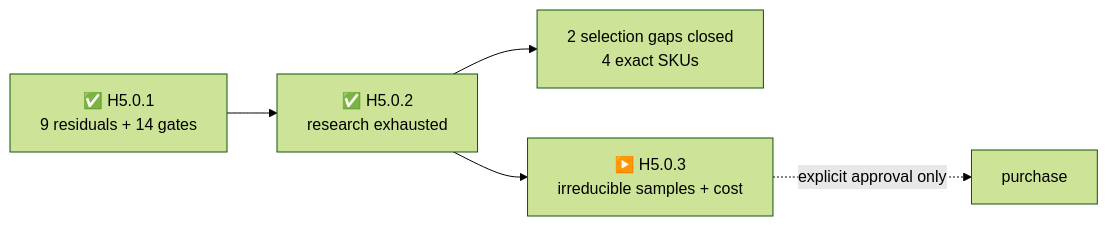
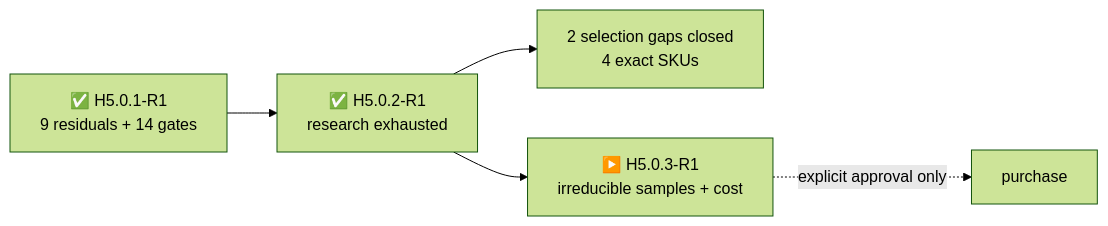
The diagram in docs/component-source-research.md (anton-vinogradov/esp32-leshy2), drawn with Mermaid (forest theme) before and after one commit. The commit also changed other lines of this file and 26 other files, not shown here.

Commit message:
Review H5 source research and dual voice diagrams

````diff
--- a/docs/component-source-research.md
+++ b/docs/component-source-research.md
@@ -7,7 +7,7 @@
 ```mermaid
 flowchart LR
-  M["✅ H5.0.1<br/>9 residuals + 14 gates"] --> R["✅ H5.0.2<br/>research exhausted"]
+  M["✅ H5.0.1-R1<br/>9 residuals + 14 gates"] --> R["✅ H5.0.2-R1<br/>research exhausted"]
   R --> I["2 selection gaps closed<br/>4 exact SKUs"]
-  R --> S["▶️ H5.0.3<br/>irreducible samples + cost"]
+  R --> S["▶️ H5.0.3-R1<br/>irreducible samples + cost"]
   S -. "explicit approval only" .-> B["purchase"]
 ```
````
